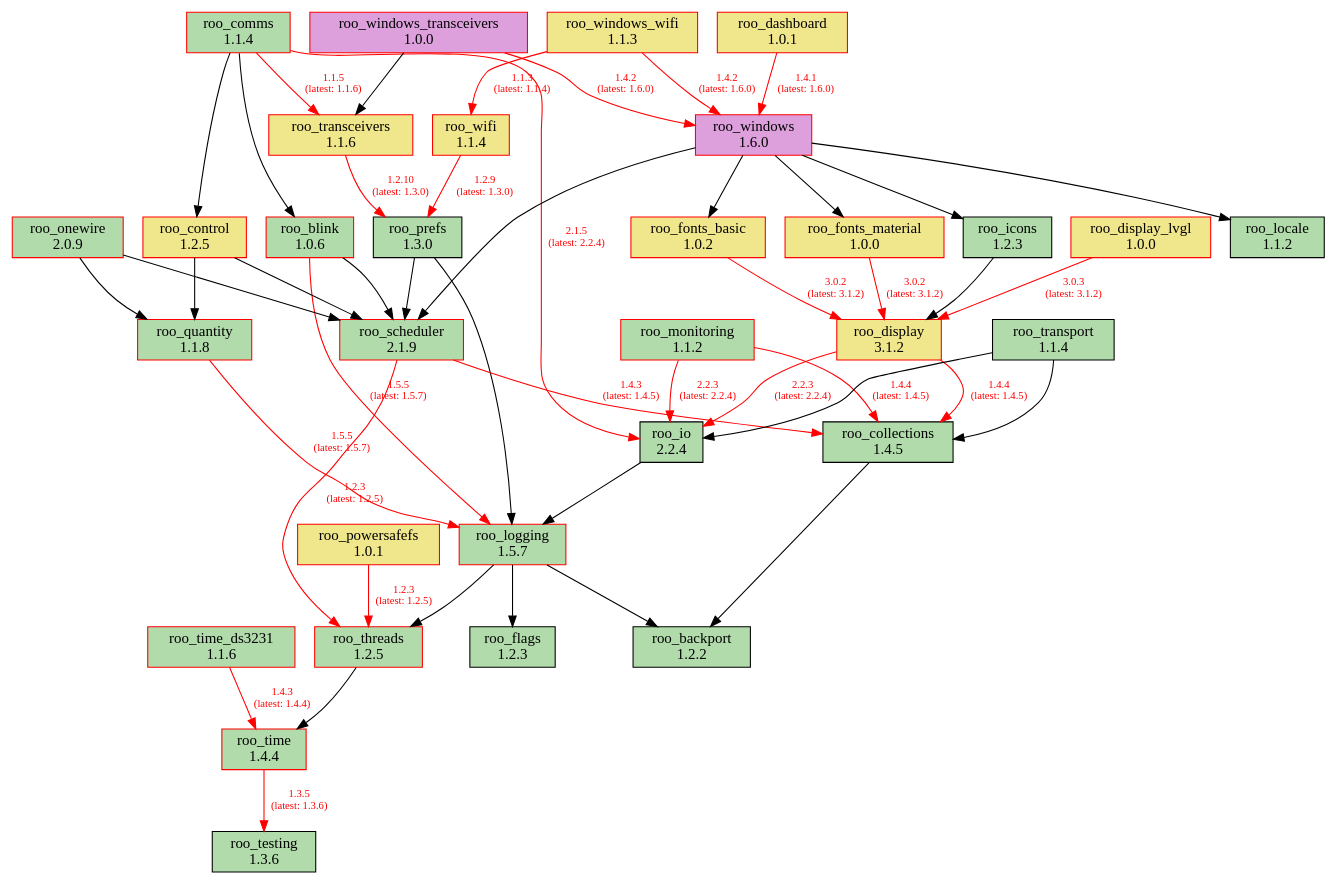
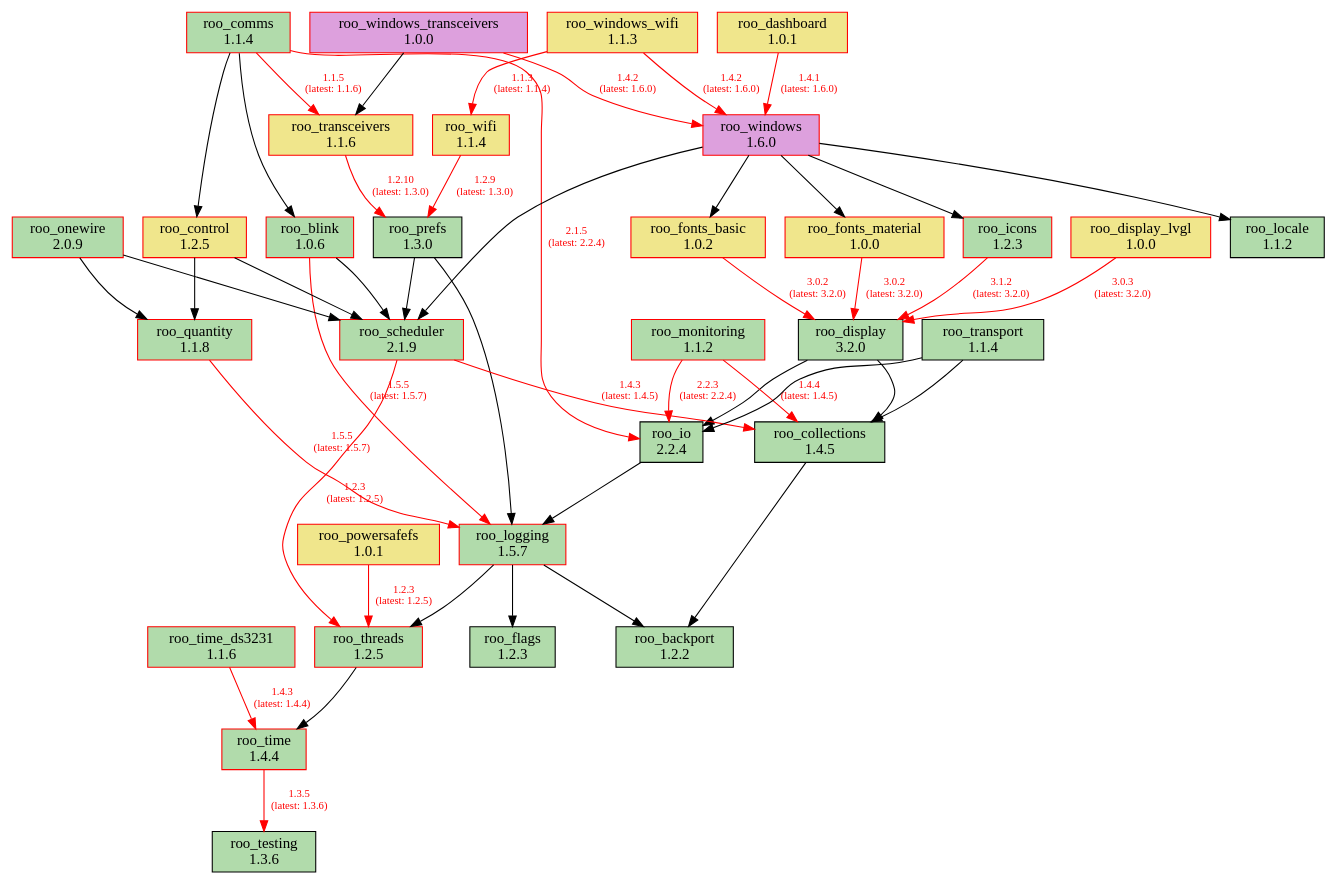
The diagram in doc/dependencies.dot (dejwk/roo-registry), drawn with Graphviz before and after one commit. The commit also changed 3 other files, not shown here.

Commit message:
Added roo_display 3.2.0 to the registry.

```diff
--- a/doc/dependencies.dot
+++ b/doc/dependencies.dot
@@ -1,86 +1,86 @@
 digraph dependencies {
     rankdir=TB;
     node [shape=box, style=filled];
     edge [fontsize=10];
 
     // Modules
     "roo_backport" [label="roo_backport\n1.2.2", fillcolor="#b1dbab", color="black"];
     "roo_blink" [label="roo_blink\n1.0.6", fillcolor="#b1dbab", color="red"];
     "roo_collections" [label="roo_collections\n1.4.5", fillcolor="#b1dbab", color="black"];
     "roo_comms" [label="roo_comms\n1.1.4", fillcolor="#b1dbab", color="red"];
     "roo_control" [label="roo_control\n1.2.5", fillcolor="khaki", color="red"];
     "roo_dashboard" [label="roo_dashboard\n1.0.1", fillcolor="khaki", color="red"];
-    "roo_display" [label="roo_display\n3.1.2", fillcolor="khaki", color="red"];
+    "roo_display" [label="roo_display\n3.2.0", fillcolor="#b1dbab", color="black"];
     "roo_display_lvgl" [label="roo_display_lvgl\n1.0.0", fillcolor="khaki", color="red"];
     "roo_flags" [label="roo_flags\n1.2.3", fillcolor="#b1dbab", color="black"];
     "roo_fonts_basic" [label="roo_fonts_basic\n1.0.2", fillcolor="khaki", color="red"];
     "roo_fonts_material" [label="roo_fonts_material\n1.0.0", fillcolor="khaki", color="red"];
-    "roo_icons" [label="roo_icons\n1.2.3", fillcolor="#b1dbab", color="black"];
+    "roo_icons" [label="roo_icons\n1.2.3", fillcolor="#b1dbab", color="red"];
     "roo_io" [label="roo_io\n2.2.4", fillcolor="#b1dbab", color="black"];
     "roo_locale" [label="roo_locale\n1.1.2", fillcolor="#b1dbab", color="black"];
     "roo_logging" [label="roo_logging\n1.5.7", fillcolor="#b1dbab", color="red"];
     "roo_monitoring" [label="roo_monitoring\n1.1.2", fillcolor="#b1dbab", color="red"];
     "roo_onewire" [label="roo_onewire\n2.0.9", fillcolor="#b1dbab", color="red"];
     "roo_powersafefs" [label="roo_powersafefs\n1.0.1", fillcolor="khaki", color="red"];
     "roo_prefs" [label="roo_prefs\n1.3.0", fillcolor="#b1dbab", color="black"];
     "roo_quantity" [label="roo_quantity\n1.1.8", fillcolor="#b1dbab", color="red"];
     "roo_scheduler" [label="roo_scheduler\n2.1.9", fillcolor="#b1dbab", color="red"];
     "roo_testing" [label="roo_testing\n1.3.6", fillcolor="#b1dbab", color="black"];
     "roo_threads" [label="roo_threads\n1.2.5", fillcolor="#b1dbab", color="red"];
     "roo_time" [label="roo_time\n1.4.4", fillcolor="#b1dbab", color="red"];
     "roo_time_ds3231" [label="roo_time_ds3231\n1.1.6", fillcolor="#b1dbab", color="red"];
     "roo_transceivers" [label="roo_transceivers\n1.1.6", fillcolor="khaki", color="red"];
     "roo_transport" [label="roo_transport\n1.1.4", fillcolor="#b1dbab", color="black"];
     "roo_wifi" [label="roo_wifi\n1.1.4", fillcolor="khaki", color="red"];
     "roo_windows" [label="roo_windows\n1.6.0", fillcolor="plum", color="red"];
     "roo_windows_transceivers" [label="roo_windows_transceivers\n1.0.0", fillcolor="plum", color="red"];
     "roo_windows_wifi" [label="roo_windows_wifi\n1.1.3", fillcolor="khaki", color="red"];
 
     // Dependencies
     "roo_blink" -> "roo_logging" [color=red, fontcolor=red, label="1.5.5\n(latest: 1.5.7)"];
     "roo_blink" -> "roo_scheduler";
     "roo_collections" -> "roo_backport";
     "roo_comms" -> "roo_blink";
     "roo_comms" -> "roo_control";
     "roo_comms" -> "roo_io" [color=red, fontcolor=red, label="2.1.5\n(latest: 2.2.4)"];
     "roo_comms" -> "roo_transceivers" [color=red, fontcolor=red, label="1.1.5\n(latest: 1.1.6)"];
     "roo_control" -> "roo_quantity";
     "roo_control" -> "roo_scheduler";
     "roo_dashboard" -> "roo_windows" [color=red, fontcolor=red, label="1.4.1\n(latest: 1.6.0)"];
-    "roo_display" -> "roo_collections" [color=red, fontcolor=red, label="1.4.4\n(latest: 1.4.5)"];
-    "roo_display" -> "roo_io" [color=red, fontcolor=red, label="2.2.3\n(latest: 2.2.4)"];
-    "roo_display_lvgl" -> "roo_display" [color=red, fontcolor=red, label="3.0.3\n(latest: 3.1.2)"];
-    "roo_fonts_basic" -> "roo_display" [color=red, fontcolor=red, label="3.0.2\n(latest: 3.1.2)"];
-    "roo_fonts_material" -> "roo_display" [color=red, fontcolor=red, label="3.0.2\n(latest: 3.1.2)"];
-    "roo_icons" -> "roo_display";
+    "roo_display" -> "roo_collections";
+    "roo_display" -> "roo_io";
+    "roo_display_lvgl" -> "roo_display" [color=red, fontcolor=red, label="3.0.3\n(latest: 3.2.0)"];
+    "roo_fonts_basic" -> "roo_display" [color=red, fontcolor=red, label="3.0.2\n(latest: 3.2.0)"];
+    "roo_fonts_material" -> "roo_display" [color=red, fontcolor=red, label="3.0.2\n(latest: 3.2.0)"];
+    "roo_icons" -> "roo_display" [color=red, fontcolor=red, label="3.1.2\n(latest: 3.2.0)"];
     "roo_io" -> "roo_logging";
     "roo_logging" -> "roo_backport";
     "roo_logging" -> "roo_flags";
     "roo_logging" -> "roo_threads";
     "roo_monitoring" -> "roo_collections" [color=red, fontcolor=red, label="1.4.4\n(latest: 1.4.5)"];
     "roo_monitoring" -> "roo_io" [color=red, fontcolor=red, label="2.2.3\n(latest: 2.2.4)"];
     "roo_onewire" -> "roo_scheduler";
     "roo_onewire" -> "roo_quantity";
     "roo_powersafefs" -> "roo_threads" [color=red, fontcolor=red, label="1.2.3\n(latest: 1.2.5)"];
     "roo_prefs" -> "roo_logging";
     "roo_prefs" -> "roo_scheduler";
     "roo_quantity" -> "roo_logging" [color=red, fontcolor=red, label="1.5.5\n(latest: 1.5.7)"];
     "roo_scheduler" -> "roo_collections" [color=red, fontcolor=red, label="1.4.3\n(latest: 1.4.5)"];
     "roo_scheduler" -> "roo_threads" [color=red, fontcolor=red, label="1.2.3\n(latest: 1.2.5)"];
     "roo_threads" -> "roo_time";
     "roo_time" -> "roo_testing" [color=red, fontcolor=red, label="1.3.5\n(latest: 1.3.6)"];
     "roo_time_ds3231" -> "roo_time" [color=red, fontcolor=red, label="1.4.3\n(latest: 1.4.4)"];
     "roo_transceivers" -> "roo_prefs" [color=red, fontcolor=red, label="1.2.10\n(latest: 1.3.0)"];
     "roo_transport" -> "roo_collections";
     "roo_transport" -> "roo_io";
     "roo_wifi" -> "roo_prefs" [color=red, fontcolor=red, label="1.2.9\n(latest: 1.3.0)"];
     "roo_windows" -> "roo_fonts_basic";
     "roo_windows" -> "roo_fonts_material";
     "roo_windows" -> "roo_locale";
     "roo_windows" -> "roo_icons";
     "roo_windows" -> "roo_scheduler";
     "roo_windows_transceivers" -> "roo_transceivers";
     "roo_windows_transceivers" -> "roo_windows" [color=red, fontcolor=red, label="1.4.2\n(latest: 1.6.0)"];
     "roo_windows_wifi" -> "roo_wifi" [color=red, fontcolor=red, label="1.1.3\n(latest: 1.1.4)"];
     "roo_windows_wifi" -> "roo_windows" [color=red, fontcolor=red, label="1.4.2\n(latest: 1.6.0)"];
 }
```
